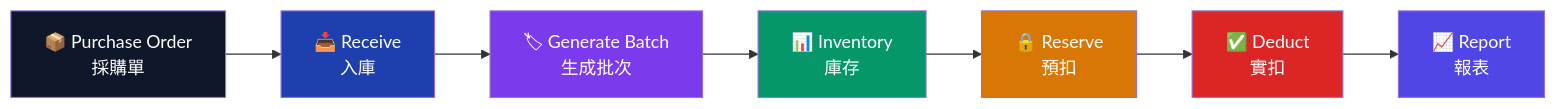
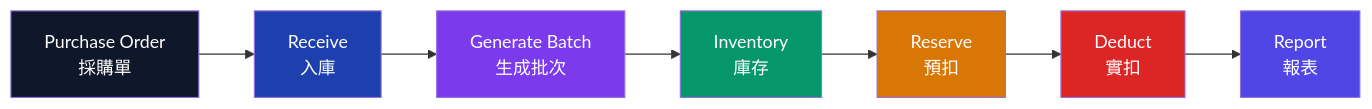
One commit to 0xRyanlee/Cuckoo changed the second of 5 diagrams in README.md. Above: the diagram before and after it, drawn with Mermaid. The commit also changed other lines of this file, not shown here.

Commit message:
docs: clean readme emoji and fix mermaid syntax; ci: clarify release workflow

````diff
--- a/README.md
+++ b/README.md
@@ -103,17 +103,17 @@
 ```mermaid
 flowchart LR
-    A[📦 Purchase Order<br/>採購單] --> B[📥 Receive<br/>入庫]
-    B --> C[🏷 Generate Batch<br/>生成批次]
-    C --> D[📊 Inventory<br/>庫存]
-    D --> E[🔒 Reserve<br/>預扣]
-    E --> F[✅ Deduct<br/>實扣]
-    F --> G[📈 Report<br/>報表]
+    A[Purchase Order<br/>採購單] --> B[Receive<br/>入庫]
+    B --> C[Generate Batch<br/>生成批次]
+    C --> D[Inventory<br/>庫存]
+    D --> E[Reserve<br/>預扣]
+    E --> F[Deduct<br/>實扣]
+    F --> G[Report<br/>報表]
     
     style A fill:#0f172a,color:#fff
     style B fill:#1e40af,color:#fff
     style C fill:#7c3aed,color:#fff
     style D fill:#059669,color:#fff
     style E fill:#d97706,color:#fff
     style F fill:#dc2626,color:#fff
     style G fill:#4f46e5,color:#fff
 ```
````
